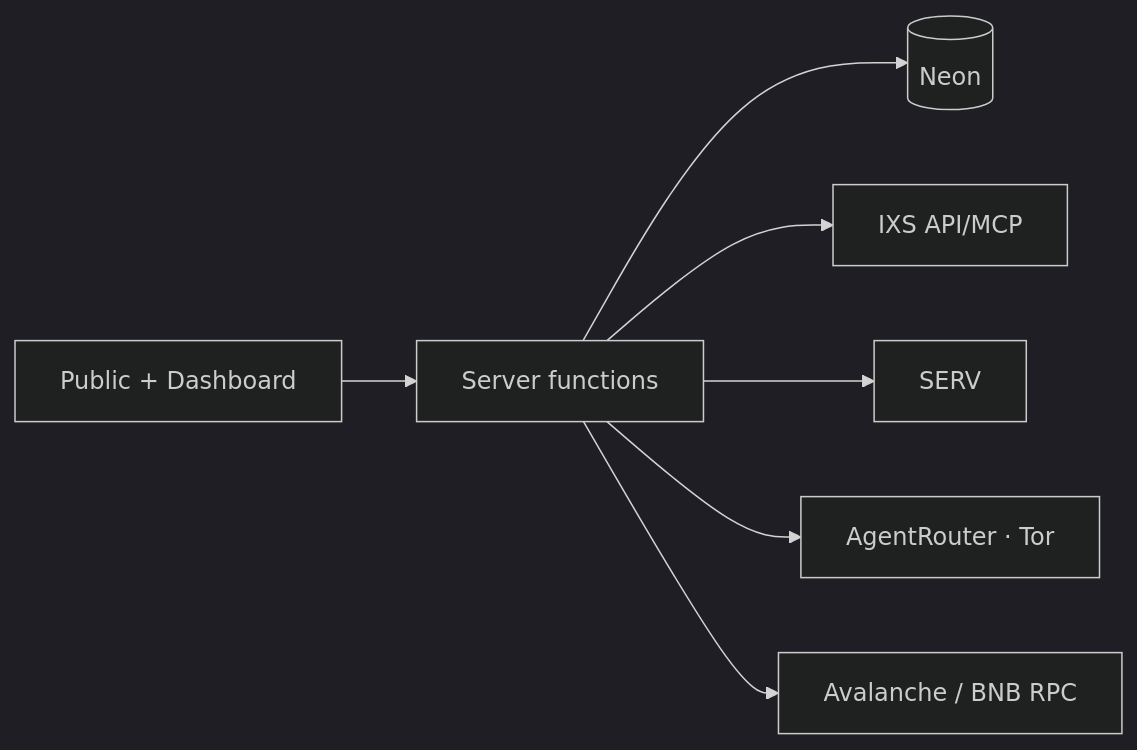
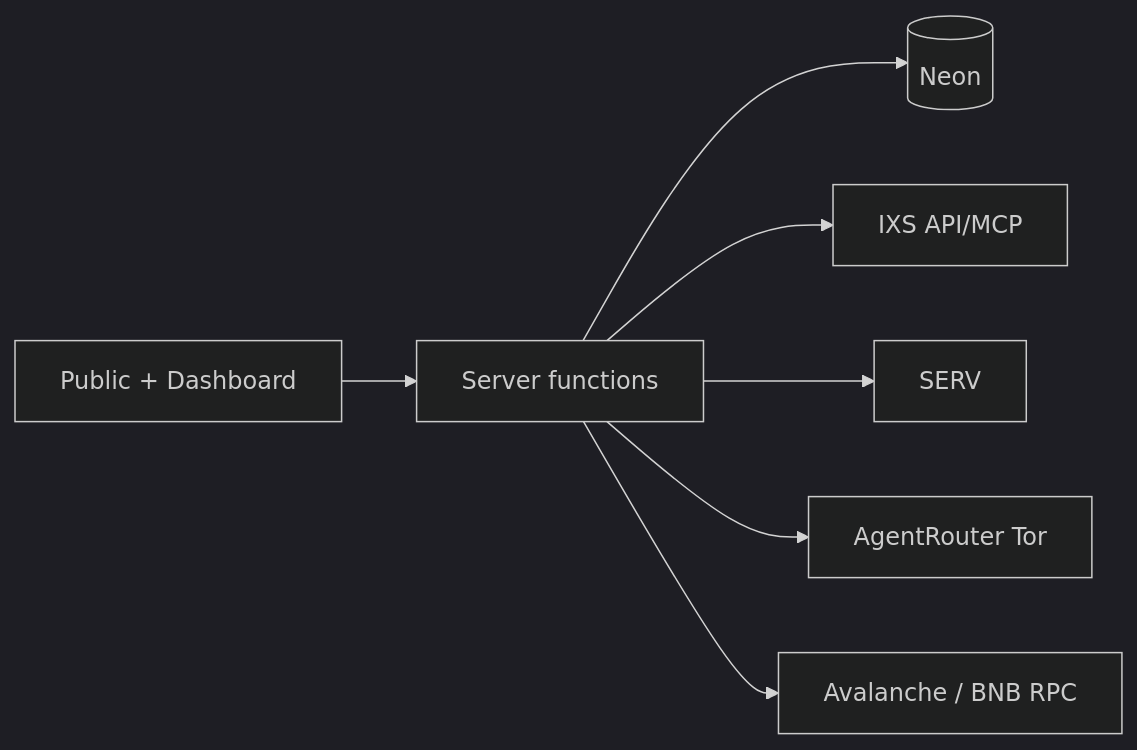
One commit to henrysammarfo/bond changed the fourth of 4 diagrams in README.md. Above: the diagram before and after it, drawn with Mermaid (dark theme). The commit also changed other lines of this file and 11 other files, not shown here.

First line of the commit message:
docs: brand logos + GitHub-safe mermaid on README and MDs

````diff
--- a/README.md
+++ b/README.md
@@ -152,9 +180,9 @@
 ```mermaid
 flowchart LR
-  UI[Public + Dashboard] --> SF[Server functions]
-  SF --> Neon[(Neon)]
-  SF --> IXS[IXS API/MCP]
-  SF --> SERV[SERV]
-  SF --> AR[AgentRouter · Tor]
-  SF --> EVM[Avalanche / BNB RPC]
+  UI["Public + Dashboard"] --> SF["Server functions"]
+  SF --> Neon[("Neon")]
+  SF --> IXS["IXS API/MCP"]
+  SF --> SERV["SERV"]
+  SF --> AR["AgentRouter Tor"]
+  SF --> EVM["Avalanche / BNB RPC"]
 ```
````
